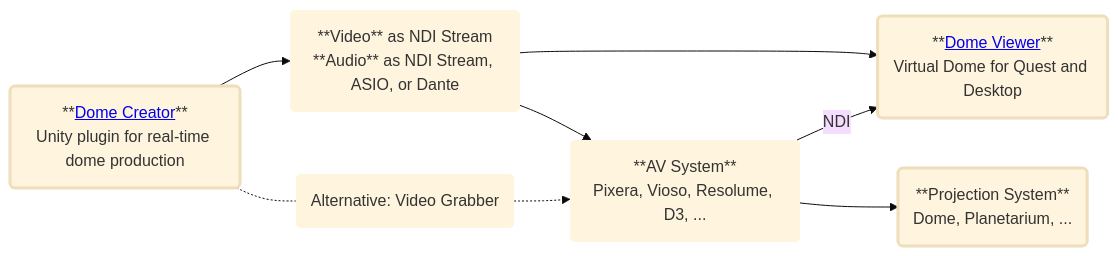
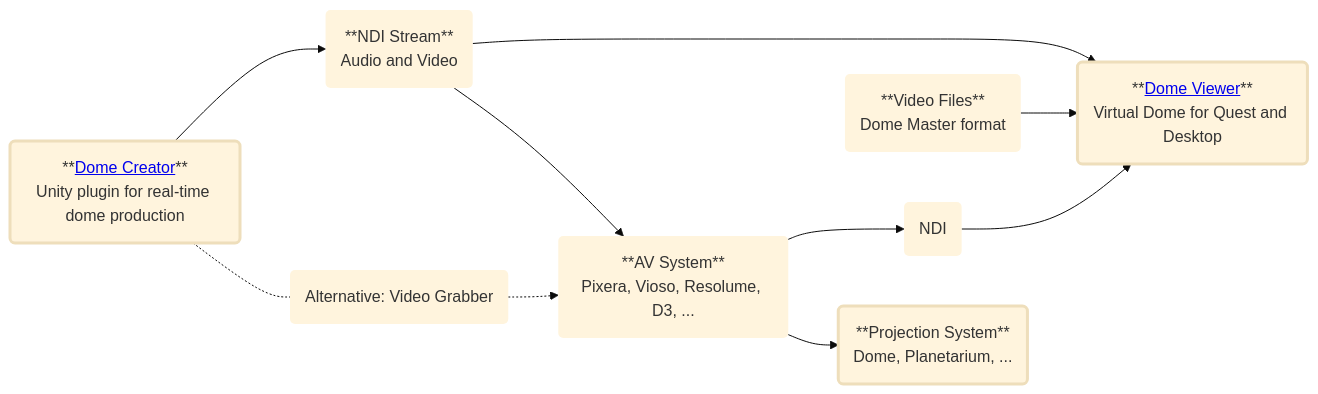
Before and after one commit to prefrontalcortex/DomeTools: the diagram in README.md, drawn with Mermaid (base theme). The commit also changed other lines of this file and 1 other file, not shown here.

````diff
--- a/README.md
+++ b/README.md
@@ -8,21 +7,24 @@
 ```mermaid
 flowchart LR;
     Creator("**<a href="https://github.com/prefrontalcortex/dometools#overview-dome-creator">Dome Creator</a>**<br>Unity plugin for real-time dome production")
-    NDI("**Video** as NDI Stream<br>**Audio** as NDI Stream, ASIO, or Dante")
+    NDI("**NDI Stream**<br>Audio and Video")
     Viewer("**<a href="https://github.com/prefrontalcortex/dometools#overview-dome-viewer">Dome Viewer</a>**<br>Virtual Dome for Quest and Desktop")
     P("**Projection System**<br>Dome, Planetarium, ...")
     AV(**AV System**<br>Pixera, Vioso, Resolume, D3, ...)
 
     Creator --> NDI --> Viewer
+    Footage("**Video Files**<br>Dome Master format") --> Viewer
     NDI --> AV
     Creator .- n4("Alternative: Video Grabber") .-> AV
+    AV --> NDI2("NDI") --> Viewer
     AV --> P
-    AV -- NDI --> Viewer
 
     style Creator stroke-width:3px
     style Viewer stroke-width:3px
     style P stroke-width: 3px
     style NDI stroke-width: 0px;
+    style NDI2 stroke-width: 0px;
     style n4 stroke-width: 0px;
     style AV stroke-width: 0px;
+    style Footage stroke-width: 0px;
 ```
````
